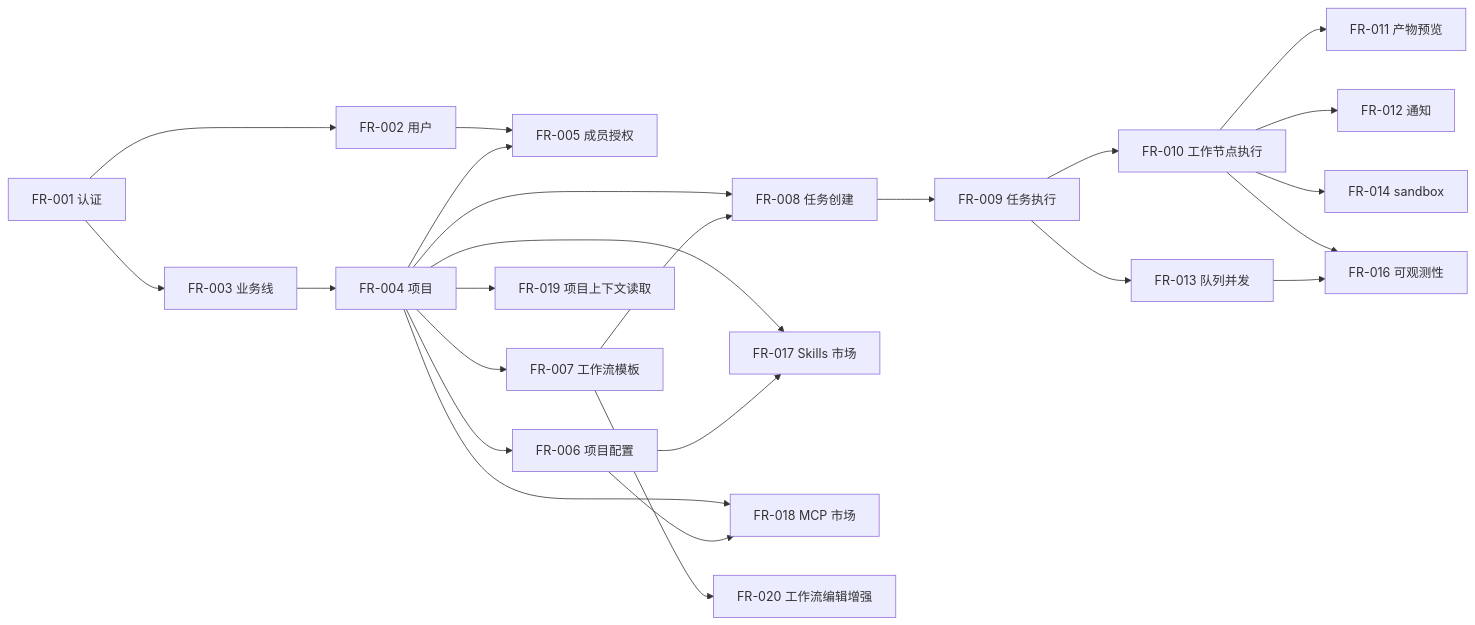
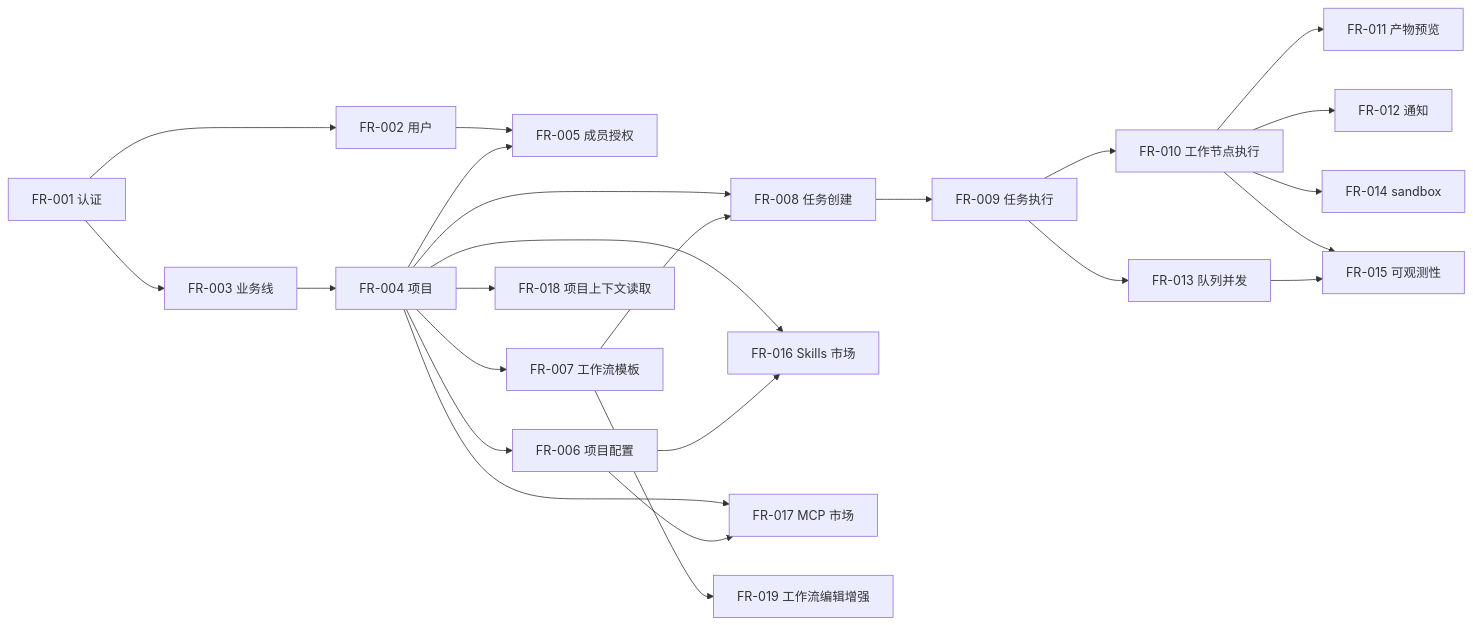
One commit to Whisper24X/personal changed the fifth of 13 diagrams in docs/ainative-requirement-design.md. Above: the diagram before and after it, drawn with Mermaid. The commit also changed other lines of this file, not shown here.

Commit message:
docs: update requirement design with revised feature IDs and dependencies
- Renumbered feature IDs for better clarity and consistency in the requirement design document.
- Updated dependency relationships in the flowchart to reflect the new feature IDs.
- Enhanced the overall structure of the requirement design for improved readability.

````diff
--- a/docs/ainative-requirement-design.md
+++ b/docs/ainative-requirement-design.md
@@ -365,26 +365,26 @@
 ```mermaid
 flowchart LR
     FR001[FR-001 认证] --> FR002[FR-002 用户]
     FR001 --> FR003[FR-003 业务线]
     FR003 --> FR004[FR-004 项目]
     FR002 --> FR005[FR-005 成员授权]
     FR004 --> FR005
     FR004 --> FR006[FR-006 项目配置]
     FR004 --> FR007[FR-007 工作流模板]
     FR004 --> FR008[FR-008 任务创建]
     FR007 --> FR008
     FR008 --> FR009[FR-009 任务执行]
     FR009 --> FR010[FR-010 工作节点执行]
     FR010 --> FR011[FR-011 产物预览]
     FR010 --> FR012[FR-012 通知]
     FR009 --> FR013[FR-013 队列并发]
     FR010 --> FR014[FR-014 sandbox]
-    FR010 --> FR016[FR-016 可观测性]
-    FR013 --> FR016
-    FR004 --> FR017[FR-017 Skills 市场]
+    FR010 --> FR015[FR-015 可观测性]
+    FR013 --> FR015
+    FR004 --> FR016[FR-016 Skills 市场]
+    FR006 --> FR016
+    FR004 --> FR017[FR-017 MCP 市场]
     FR006 --> FR017
-    FR004 --> FR018[FR-018 MCP 市场]
-    FR006 --> FR018
-    FR004 --> FR019[FR-019 项目上下文读取]
-    FR007 --> FR020[FR-020 工作流编辑增强]
+    FR004 --> FR018[FR-018 项目上下文读取]
+    FR007 --> FR019[FR-019 工作流编辑增强]
 ```
````
